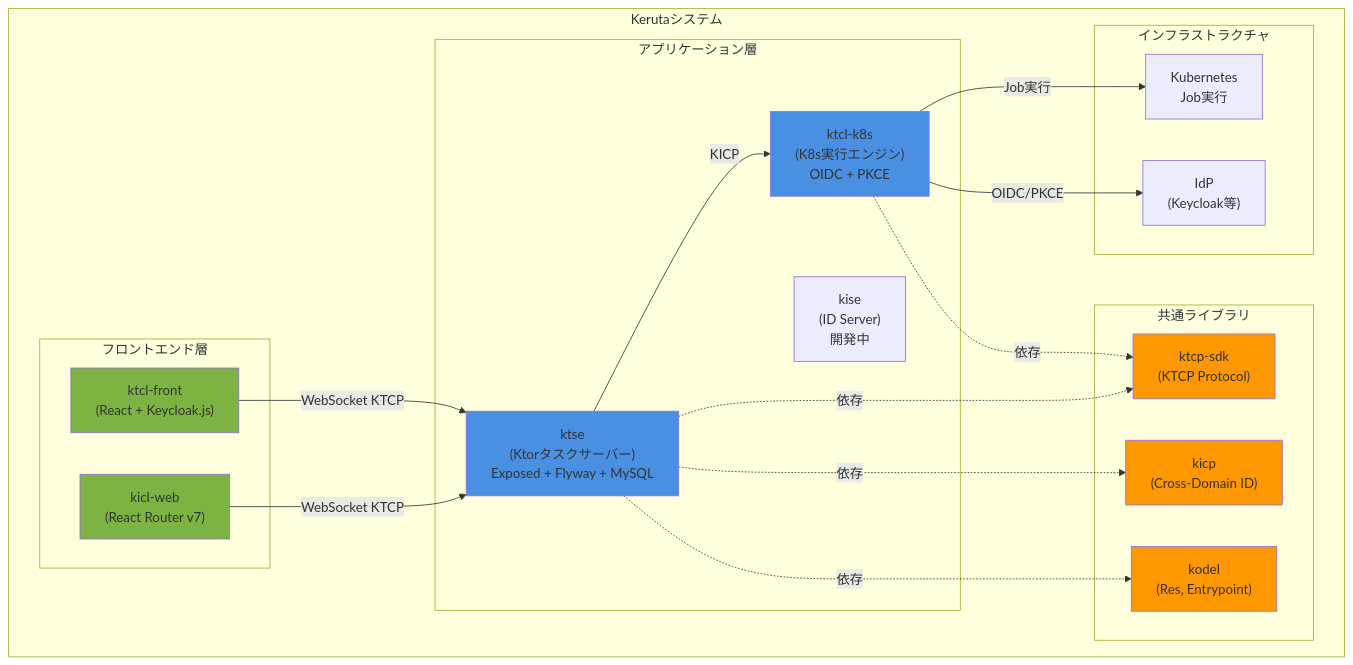
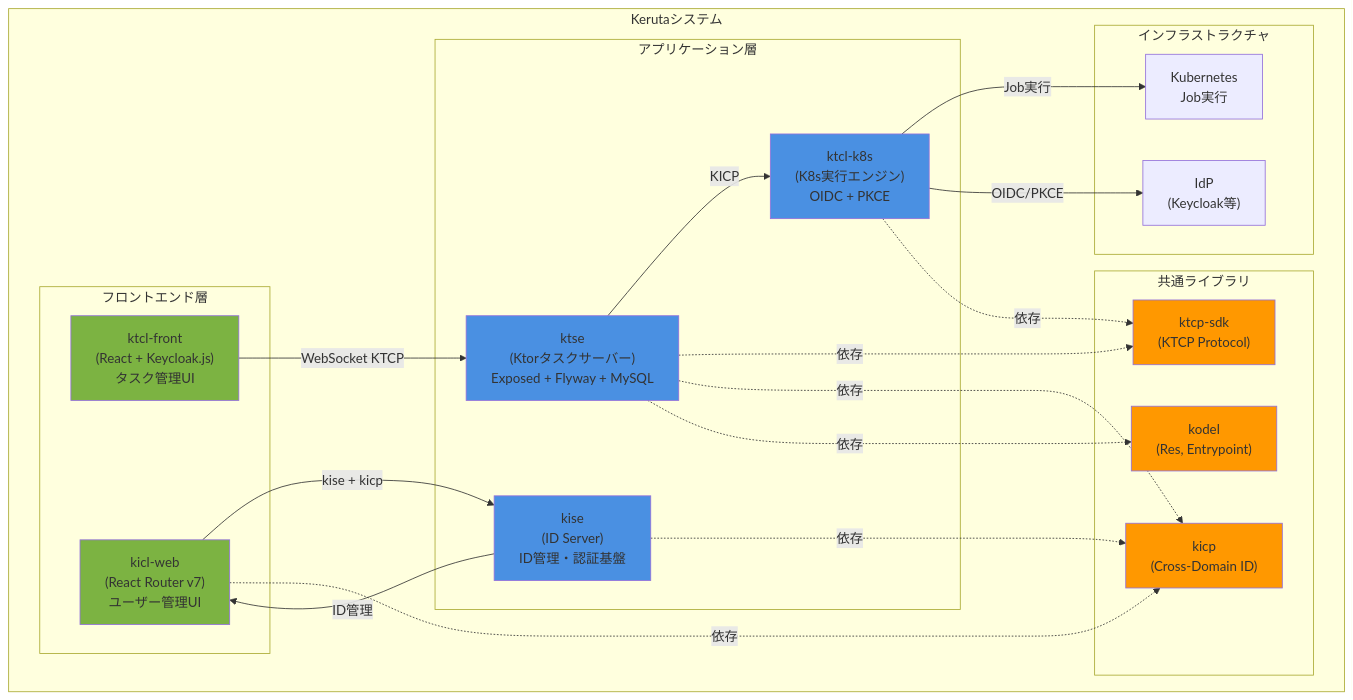
Before and after one commit to kigawa-net/keruta: the first of 7 diagrams in doc/architecture.md, drawn with Mermaid. The commit also changed other lines of this file, not shown here.

First line of the commit message:
docs(architecture): kicl-webの役割と通信方式を正確に説明

````diff
--- a/doc/architecture.md
+++ b/doc/architecture.md
@@ -26,45 +26,49 @@
 ```mermaid
 graph TB
     subgraph "Kerutaシステム"
         subgraph "フロントエンド層"
-            ktcl-front["ktcl-front<br/>(React + Keycloak.js)"]
-            kicl-web["kicl-web<br/>(React Router v7)"]
+            ktcl-front["ktcl-front<br/>(React + Keycloak.js)<br/>タスク管理UI"]
+            kicl-web["kicl-web<br/>(React Router v7)<br/>ユーザー管理UI"]
         end
 
         subgraph "アプリケーション層"
             ktse["ktse<br/>(Ktorタスクサーバー)<br/>Exposed + Flyway + MySQL"]
             ktcl-k8s["ktcl-k8s<br/>(K8s実行エンジン)<br/>OIDC + PKCE"]
-            kise["kise<br/>(ID Server)<br/>開発中"]
+            kise["kise<br/>(ID Server)<br/>ID管理・認証基盤"]
         end
 
         subgraph "インフラストラクチャ"
             k8s["Kubernetes<br/>Job実行"]
             idp["IdP<br/>(Keycloak等)"]
         end
 
         subgraph "共通ライブラリ"
             kodel["kodel<br/>(Res, Entrypoint)"]
             ktcp-sdk["ktcp-sdk<br/>(KTCP Protocol)"]
             kicp["kicp<br/>(Cross-Domain ID)"]
         end
 
         ktcl-front -->|WebSocket KTCP| ktse
-        kicl-web -->|WebSocket KTCP| ktse
+        kicl-web -->|kise + kicp| kise
+        kise -->|ID管理| kicl-web
         ktse -->|KICP| ktcl-k8s
         ktcl-k8s -->|Job実行| k8s
         ktcl-k8s -->|OIDC/PKCE| idp
         
         ktse -.依存.-> ktcp-sdk
         ktcl-k8s -.依存.-> ktcp-sdk
         ktse -.依存.-> kicp
+        kise -.依存.-> kicp
         ktse -.依存.-> kodel
+        kicl-web -.依存.-> kicp
     end
 
     style ktse fill:#4A90E2
     style ktcl-k8s fill:#4A90E2
+    style kise fill:#4A90E2
     style ktcl-front fill:#7CB342
     style kicl-web fill:#7CB342
     style kodel fill:#FF9800
     style ktcp-sdk fill:#FF9800
     style kicp fill:#FF9800
 ```
````
